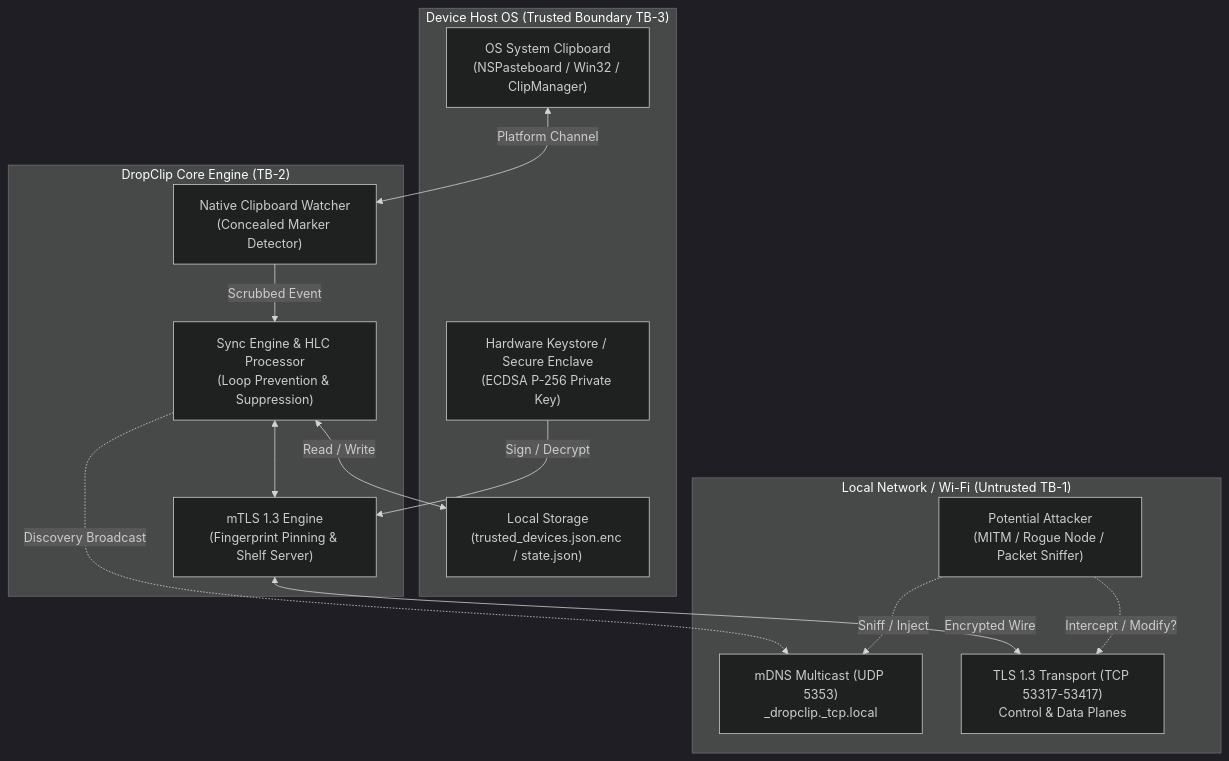
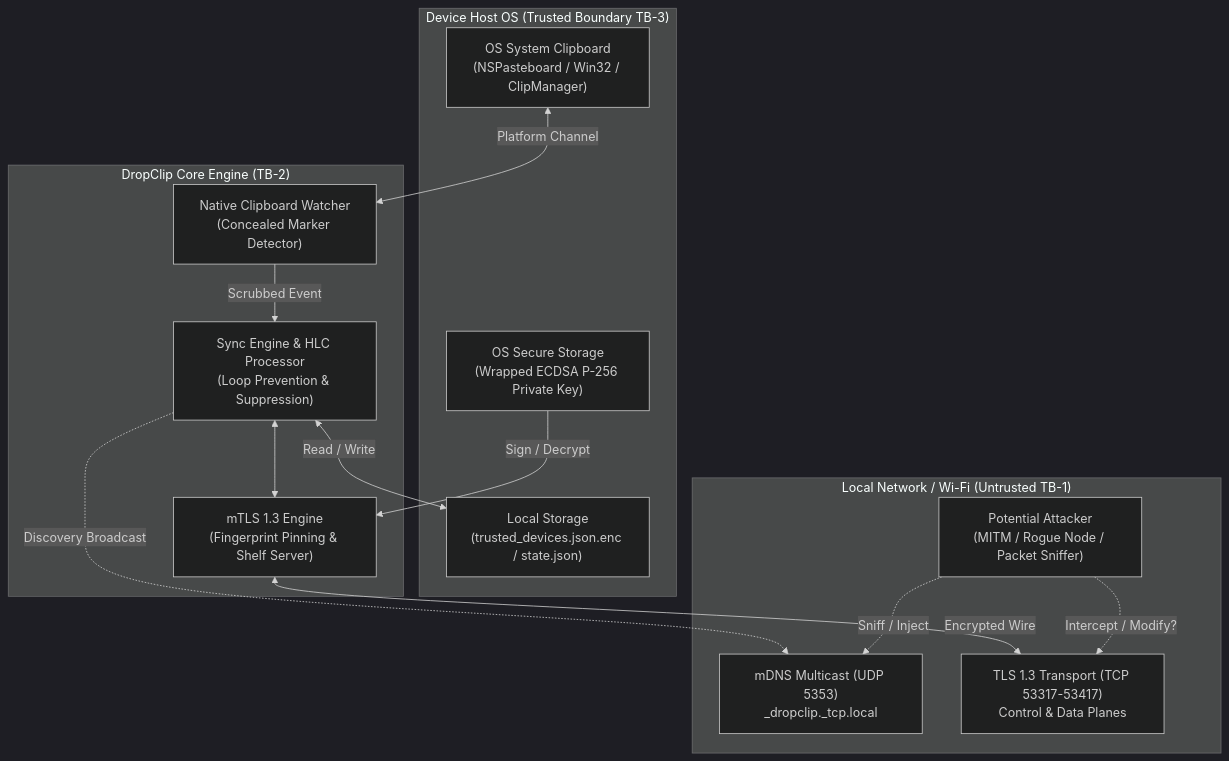
One commit to RinZoKuTH/DropClip changed the first of 3 diagrams in docs/04-THREAT-MODEL.md. Above: the diagram before and after it, drawn with Mermaid (dark theme). The commit also changed other lines of this file and 42 other files, not shown here.

````diff
--- a/docs/04-THREAT-MODEL.md
+++ b/docs/04-THREAT-MODEL.md
@@ -37,31 +37,31 @@
 ```mermaid
 flowchart TB
     subgraph Host_OS["Device Host OS (Trusted Boundary TB-3)"]
-        Keystore["Hardware Keystore / Secure Enclave\n(ECDSA P-256 Private Key)"]
+        Keystore["OS Secure Storage\n(Wrapped ECDSA P-256 Private Key)"]
         LocalStorage["Local Storage\n(trusted_devices.json.enc / state.json)"]
         OSClipboard["OS System Clipboard\n(NSPasteboard / Win32 / ClipManager)"]
     end
 
     subgraph DropClip_App["DropClip Core Engine (TB-2)"]
         NativeHooks["Native Clipboard Watcher\n(Concealed Marker Detector)"]
         Engine["Sync Engine & HLC Processor\n(Loop Prevention & Suppression)"]
         TLSHandler["mTLS 1.3 Engine\n(Fingerprint Pinning & Shelf Server)"]
     end
 
     subgraph Untrusted_Network["Local Network / Wi-Fi (Untrusted TB-1)"]
         MDNS["mDNS Multicast (UDP 5353)\n_dropclip._tcp.local"]
         TCPTransport["TLS 1.3 Transport (TCP 53317-53417)\nControl & Data Planes"]
         Attacker["Potential Attacker\n(MITM / Rogue Node / Packet Sniffer)"]
     end
 
     OSClipboard <-->|Platform Channel| NativeHooks
     NativeHooks -->|Scrubbed Event| Engine
     Engine <--> TLSHandler
     Keystore -->|Sign / Decrypt| TLSHandler
     Engine <-->|Read / Write| LocalStorage
 
     TLSHandler <-->|Encrypted Wire| TCPTransport
     Engine -.->|Discovery Broadcast| MDNS
     Attacker -.->|Sniff / Inject| MDNS
     Attacker -.->|Intercept / Modify?| TCPTransport
 ```
````
